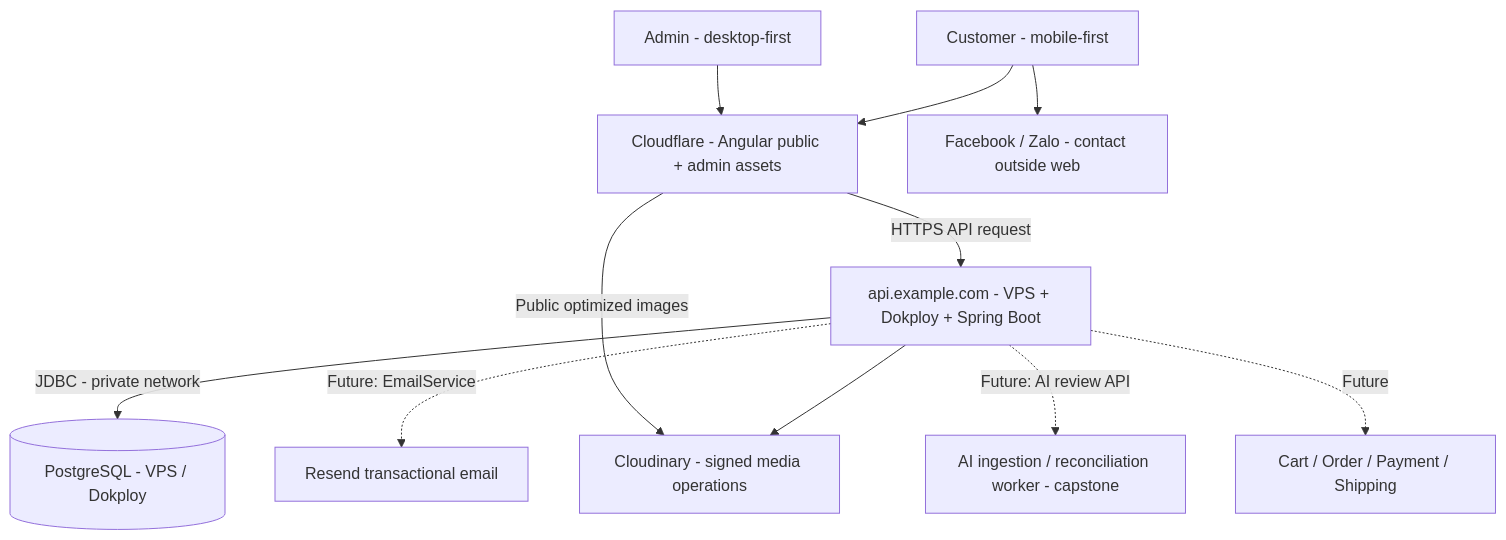
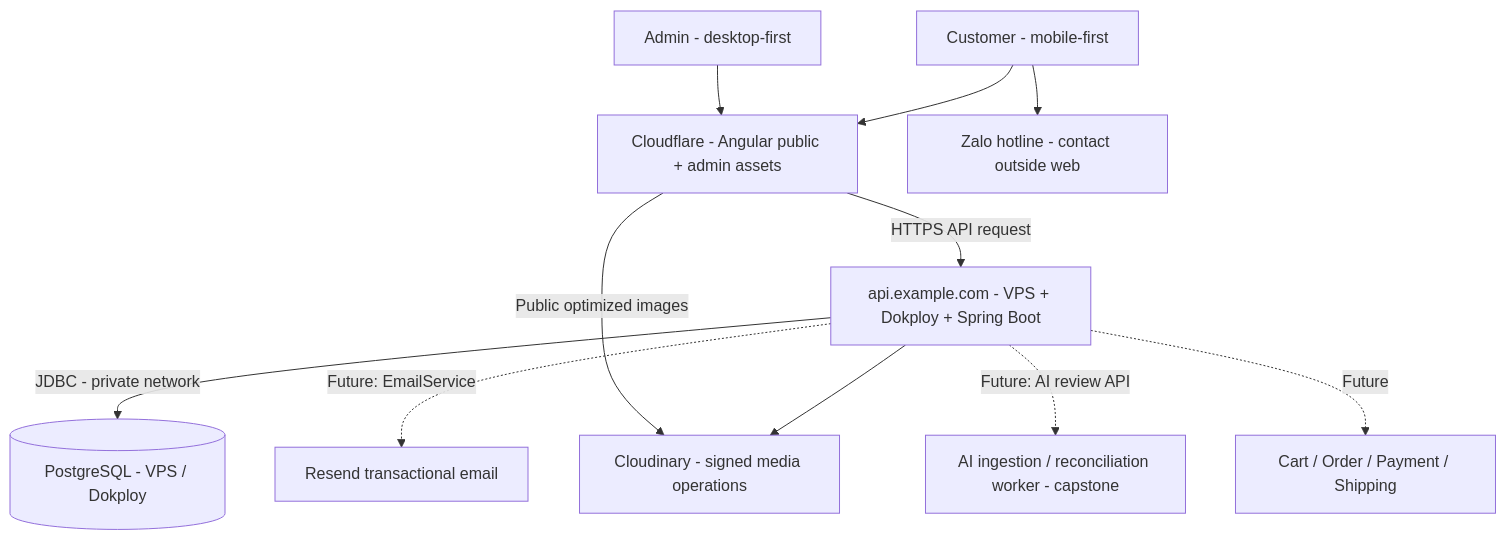
One commit to nanashi-vie/me-may changed the fourth of 4 diagrams in docs/MASTER_PLAN.md. Above: the diagram before and after it, drawn with Mermaid. The commit also changed other lines of this file and 8 other files, not shown here.

````diff
--- a/docs/MASTER_PLAN.md
+++ b/docs/MASTER_PLAN.md
@@ -176,13 +202,13 @@
 ```mermaid
 flowchart TB
   C[Customer - mobile-first] --> CF[Cloudflare - Angular public + admin assets]
   A[Admin - desktop-first] --> CF
   CF -->|HTTPS API request| API[api.example.com - VPS + Dokploy + Spring Boot]
   API -->|JDBC - private network| DB[(PostgreSQL - VPS / Dokploy)]
   API --> MEDIA[Cloudinary - signed media operations]
   CF -->|Public optimized images| MEDIA
-  C --> CHAT[Facebook / Zalo - contact outside web]
+  C --> CHAT[Zalo hotline - contact outside web]
   API -. Future: EmailService .-> EMAIL[Resend transactional email]
   API -. Future: AI review API .-> AI[AI ingestion / reconciliation worker - capstone]
   API -. Future .-> ORDER[Cart / Order / Payment / Shipping]
 ```
````
